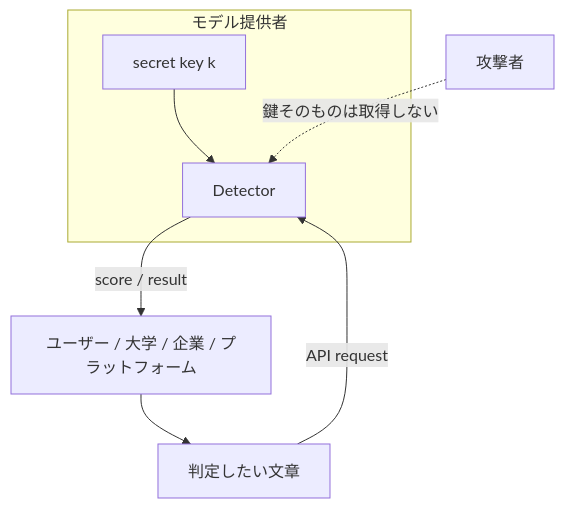
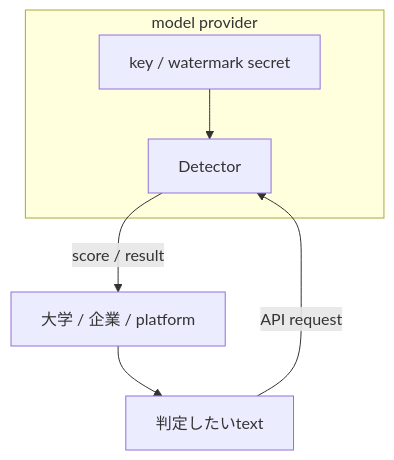
The third of 6 diagrams in articles/claude-watermark-secret-key-detection.md (KAFKA2306/articles), drawn with Mermaid before and after one commit. The commit also changed other lines of this file, not shown here.

````diff
--- a/articles/claude-watermark-secret-key-detection.md
+++ b/articles/claude-watermark-secret-key-detection.md
@@ -154,18 +267,15 @@
 ```mermaid
 flowchart TB
-    subgraph Provider[モデル提供者]
-      K[secret key k]
+    subgraph Provider[model provider]
+      K[key / watermark secret]
       D[Detector]
       K --> D
     end
 
-    U[ユーザー / 大学 / 企業 / プラットフォーム]
-    T[判定したい文章]
+    U[大学 / 企業 / platform]
+    T[判定したいtext]
 
     U --> T
     T -->|API request| D
     D -->|score / result| U
-
-    X[攻撃者]
-    X -. 鍵そのものは取得しない .-> D
 ```
````
